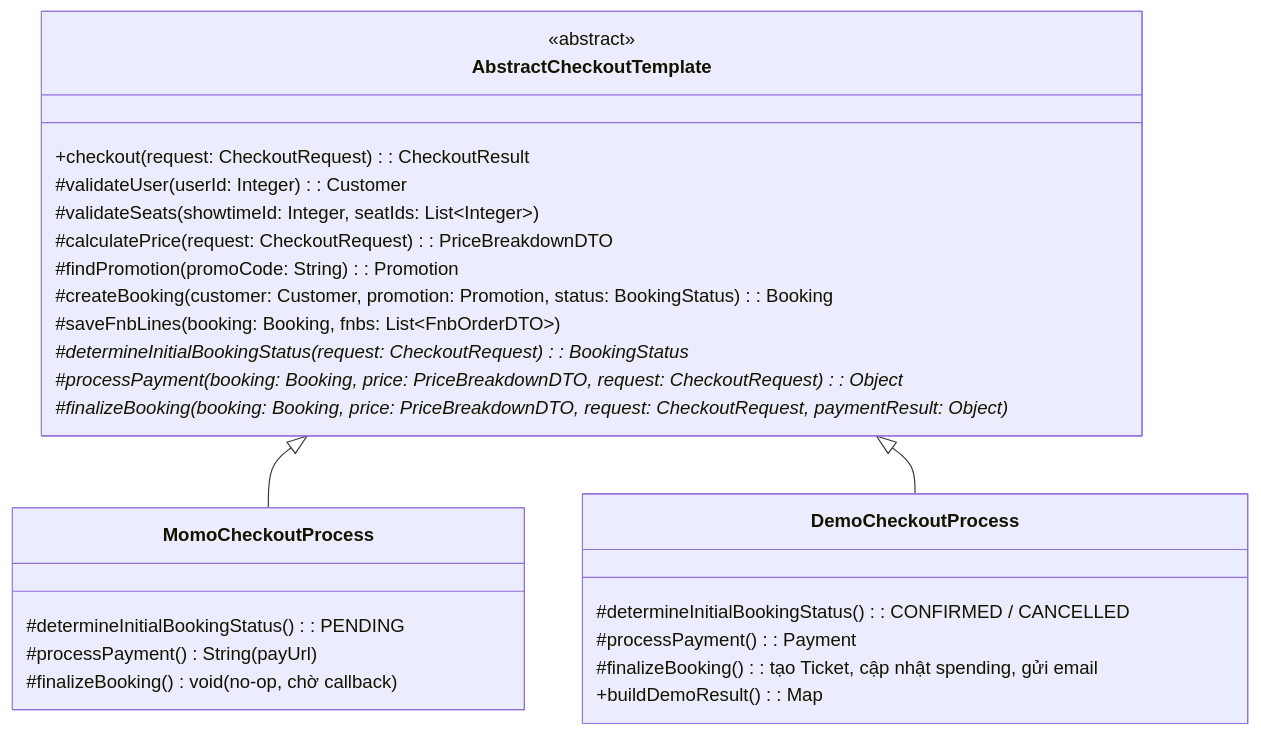
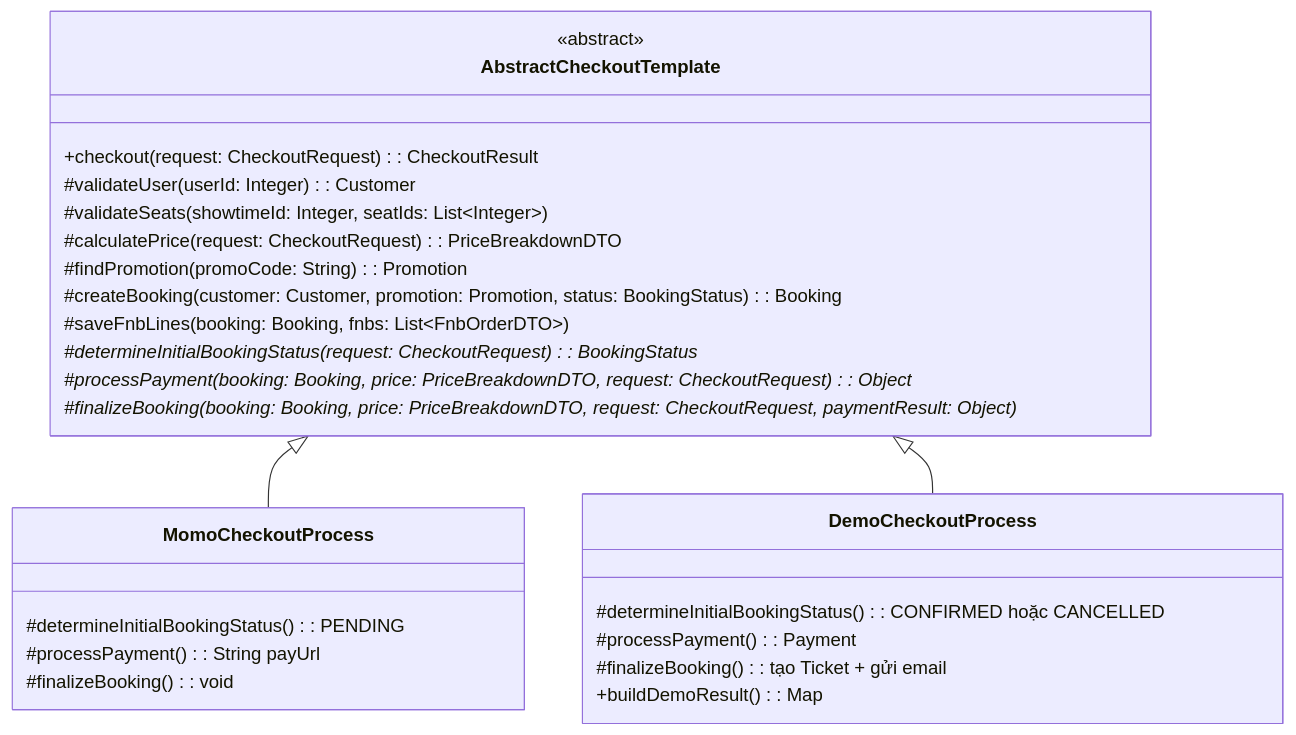
One commit to anhtudayne/Design_Pattern changed the first of 5 diagrams in Tu_Design_Pattern.md. Above: the diagram before and after it, drawn with Mermaid. The commit also changed other lines of this file and 78 other files, not shown here.

````diff
--- a/Tu_Design_Pattern.md
+++ b/Tu_Design_Pattern.md
@@ -39,32 +42,32 @@
 ```mermaid
 classDiagram
     class AbstractCheckoutTemplate {
         <<abstract>>
         +checkout(request: CheckoutRequest) : CheckoutResult
         #validateUser(userId: Integer) : Customer
         #validateSeats(showtimeId: Integer, seatIds: List~Integer~)
         #calculatePrice(request: CheckoutRequest) : PriceBreakdownDTO
         #findPromotion(promoCode: String) : Promotion
         #createBooking(customer: Customer, promotion: Promotion, status: BookingStatus) : Booking
         #saveFnbLines(booking: Booking, fnbs: List~FnbOrderDTO~)
         #determineInitialBookingStatus(request: CheckoutRequest) : BookingStatus*
         #processPayment(booking: Booking, price: PriceBreakdownDTO, request: CheckoutRequest) : Object*
         #finalizeBooking(booking: Booking, price: PriceBreakdownDTO, request: CheckoutRequest, paymentResult: Object)*
     }
 
     class MomoCheckoutProcess {
         #determineInitialBookingStatus() : PENDING
-        #processPayment() : String (payUrl)
-        #finalizeBooking() : void (no-op, chờ callback)
+        #processPayment() : String payUrl
+        #finalizeBooking() : void
     }
 
     class DemoCheckoutProcess {
-        #determineInitialBookingStatus() : CONFIRMED / CANCELLED
+        #determineInitialBookingStatus() : CONFIRMED hoặc CANCELLED
         #processPayment() : Payment
-        #finalizeBooking() : tạo Ticket, cập nhật spending, gửi email
+        #finalizeBooking() : tạo Ticket + gửi email
         +buildDemoResult() : Map
     }
 
     AbstractCheckoutTemplate <|-- MomoCheckoutProcess
     AbstractCheckoutTemplate <|-- DemoCheckoutProcess
 ```
````
